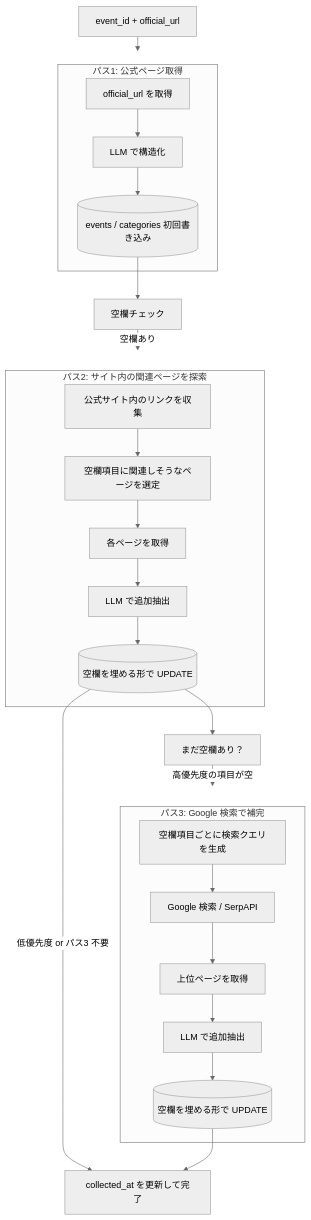
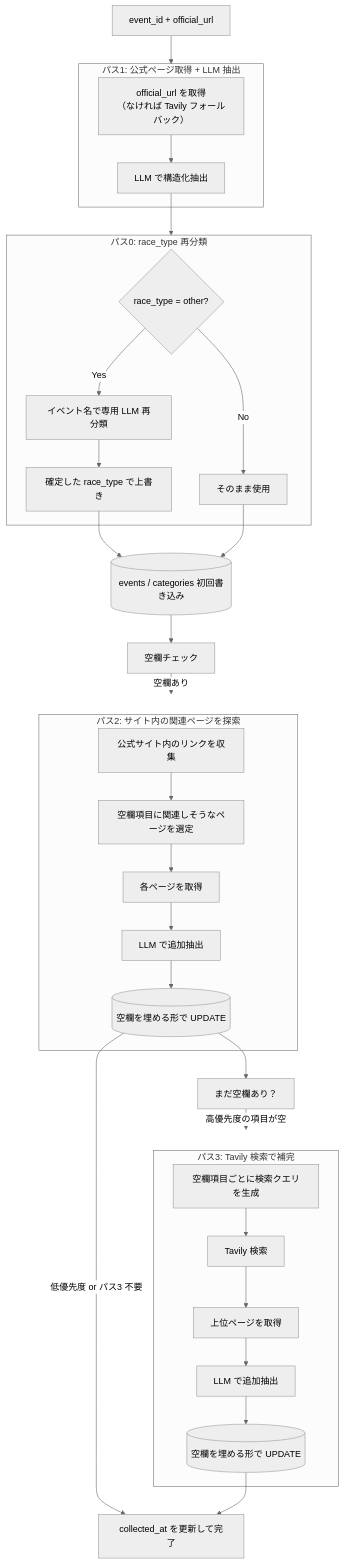
Before and after one commit to bokuno-studio/YabaiTravel: the diagram in docs/SPEC_CRAWL_ENRICH_DETAIL.md, drawn with Mermaid (neutral theme). The commit also changed other lines of this file and 5 other files, not shown here.

````diff
--- a/docs/SPEC_CRAWL_ENRICH_DETAIL.md
+++ b/docs/SPEC_CRAWL_ENRICH_DETAIL.md
@@ -18,32 +18,43 @@
 ```mermaid
 flowchart TB
     IN[event_id + official_url] --> PASS1
 
-    subgraph PASS1["パス1: 公式ページ取得"]
-        P1_FETCH[official_url を取得] --> P1_LLM[LLM で構造化]
-        P1_LLM --> P1_WRITE[(events / categories 初回書き込み)]
+    subgraph PASS1["パス1: 公式ページ取得 + LLM 抽出"]
+        P1_FETCH[official_url を取得\n（なければ Tavily フォールバック）] --> P1_LLM[LLM で構造化抽出]
     end
+
+    P1_LLM --> PASS0
+
+    subgraph PASS0["パス0: race_type 再分類"]
+        P0_CHECK{race_type = other?}
+        P0_CHECK --> |Yes| P0_LLM[イベント名で専用 LLM 再分類]
+        P0_LLM --> P0_RESULT[確定した race_type で上書き]
+        P0_CHECK --> |No| P0_SKIP[そのまま使用]
+    end
+
+    P0_RESULT --> P1_WRITE[(events / categories 初回書き込み)]
+    P0_SKIP --> P1_WRITE
 
     P1_WRITE --> GAP[空欄チェック]
     GAP --> |空欄あり| PASS2
 
     subgraph PASS2["パス2: サイト内の関連ページを探索"]
         P2_LINKS[公式サイト内のリンクを収集] --> P2_FILTER[空欄項目に関連しそうなページを選定]
         P2_FILTER --> P2_FETCH[各ページを取得]
         P2_FETCH --> P2_LLM[LLM で追加抽出]
         P2_LLM --> P2_WRITE[(空欄を埋める形で UPDATE)]
     end
 
     P2_WRITE --> GAP2[まだ空欄あり？]
     GAP2 --> |高優先度の項目が空| PASS3
 
-    subgraph PASS3["パス3: Google 検索で補完"]
-        P3_QUERY[空欄項目ごとに検索クエリを生成] --> P3_SEARCH[Google 検索 / SerpAPI]
+    subgraph PASS3["パス3: Tavily 検索で補完"]
+        P3_QUERY[空欄項目ごとに検索クエリを生成] --> P3_SEARCH[Tavily 検索]
         P3_SEARCH --> P3_FETCH[上位ページを取得]
         P3_FETCH --> P3_LLM[LLM で追加抽出]
         P3_LLM --> P3_WRITE[(空欄を埋める形で UPDATE)]
     end
 
     P2_WRITE --> |低優先度 or パス3 不要| DONE[collected_at を更新して完了]
     P3_WRITE --> DONE
 ```
````
